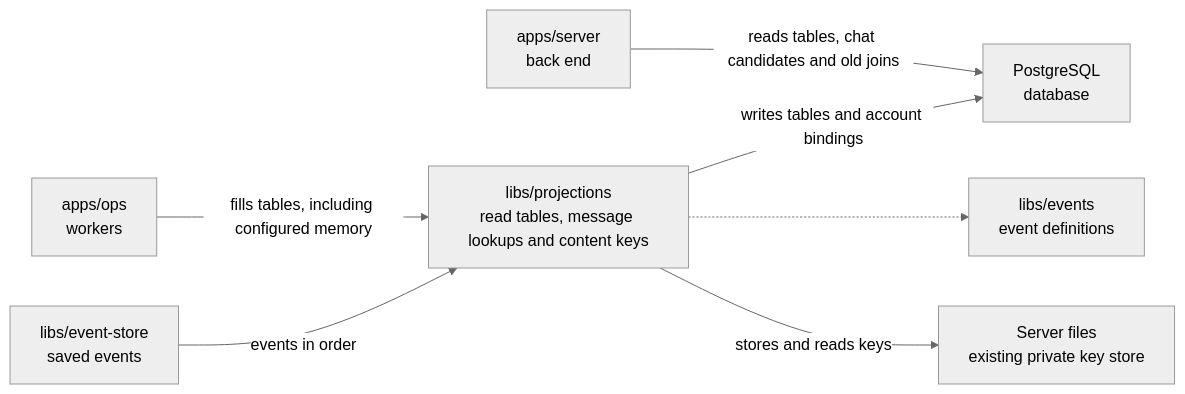
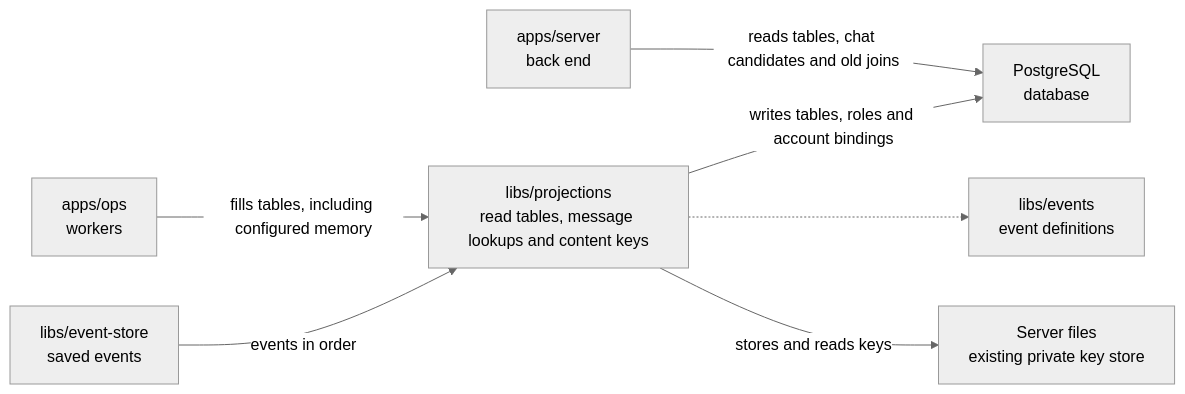
Before and after one commit to elewa-git/opencrane-new: the diagram in libs/projections/README.md, drawn with Mermaid (neutral theme). The commit also changed other lines of this file and 19 other files, not shown here.

````diff
--- a/libs/projections/README.md
+++ b/libs/projections/README.md
@@ -23,9 +23,9 @@
 ```mermaid
 flowchart LR
   ops["apps/ops<br/>workers"] -->|fills tables, including configured memory| projections["libs/projections<br/>read tables, message lookups and content keys"]
   server["apps/server<br/>back end"] -->|reads tables, chat candidates and old joins| pg["PostgreSQL<br/>database"]
-  projections -->|writes tables and account bindings| pg
+  projections -->|writes tables, roles and account bindings| pg
   store["libs/event-store<br/>saved events"] -->|events in order| projections
   projections -.-> events["libs/events<br/>event definitions"]
   projections -->|stores and reads keys| keys["Server files<br/>existing private key store"]
 ```
````
